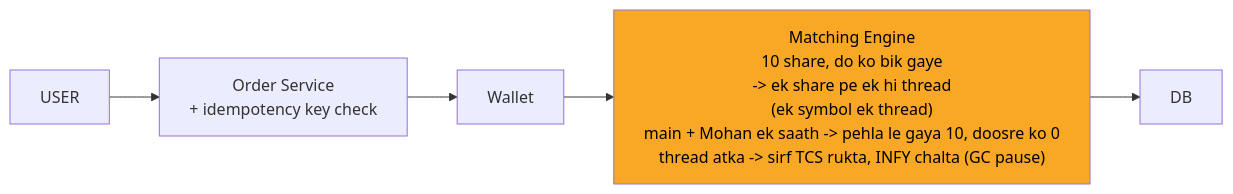
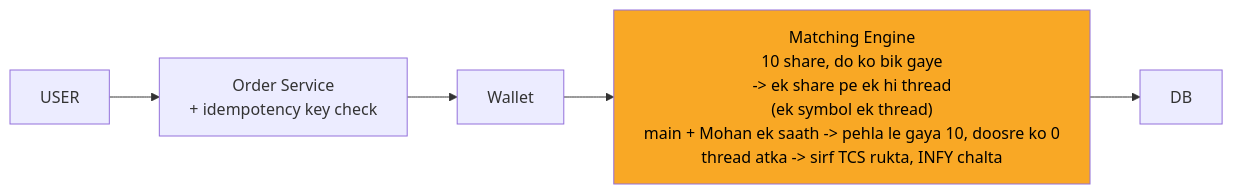
One commit to ArpanMaheshwari144/Prep changed the fourth of 10 diagrams in 04_HLD/SYSTEM_DESIGNS/05_stock_broker_trading/05_stock_broker_trading.md. Above: the diagram before and after it, drawn with Mermaid. The commit also changed 13 other files, not shown here.

````diff
--- a/04_HLD/SYSTEM_DESIGNS/05_stock_broker_trading/05_stock_broker_trading.md
+++ b/04_HLD/SYSTEM_DESIGNS/05_stock_broker_trading/05_stock_broker_trading.md
@@ -164,14 +164,14 @@
 ```mermaid
 %%{init: {"flowchart": {"wrappingWidth": 450}}}%%
 flowchart LR
     n_USER["USER"]
     n_Order_Service["Order Service<br/>+ idempotency key check"]
     n_Wallet["Wallet"]
-    n_Matching_Engine["Matching Engine<br/>10 share, do ko bik gaye<br/>-> ek share pe ek hi thread<br/>(ek symbol ek thread)<br/>main + Mohan ek saath -> pehla le gaya 10, doosre ko 0<br/>thread atka -> sirf TCS rukta, INFY chalta (GC pause)"]
+    n_Matching_Engine["Matching Engine<br/>10 share, do ko bik gaye<br/>-> ek share pe ek hi thread<br/>(ek symbol ek thread)<br/>main + Mohan ek saath -> pehla le gaya 10, doosre ko 0<br/>thread atka -> sirf TCS rukta, INFY chalta"]
     n_DB["DB"]
     n_USER --> n_Order_Service
     n_Order_Service --> n_Wallet
     n_Wallet --> n_Matching_Engine
     n_Matching_Engine --> n_DB
     style n_Matching_Engine fill:#f9a825,color:#000
 ```
````
